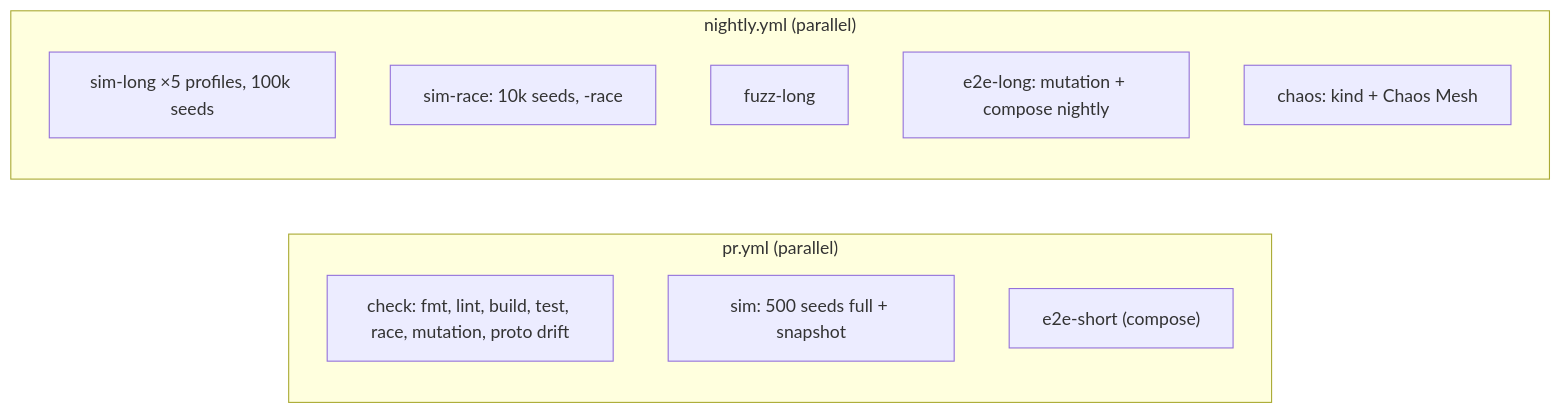
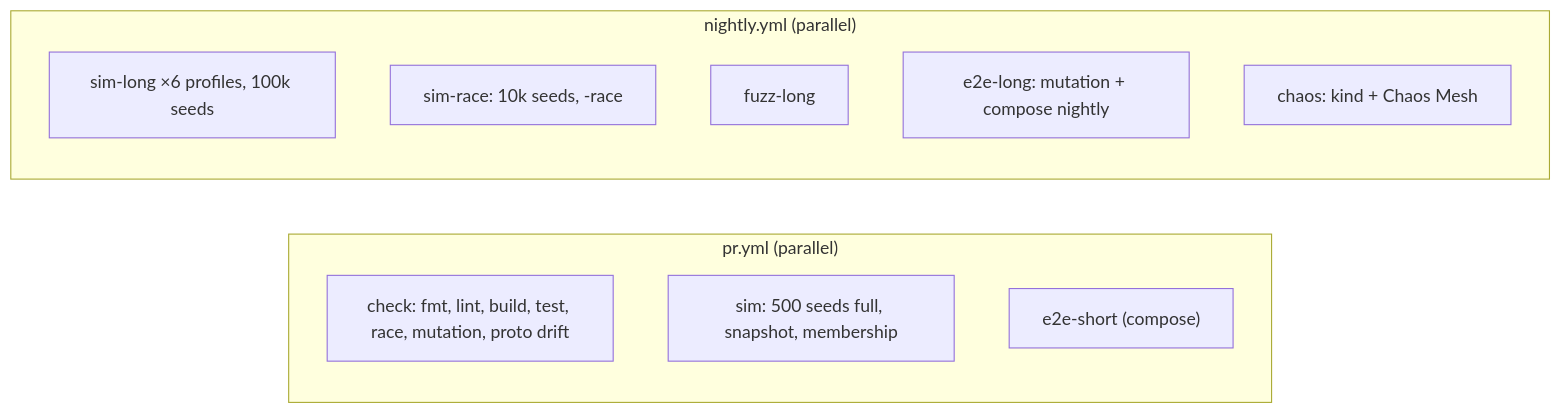
One commit to bibekgupta3333/raftkv-distributed-store changed the diagram in docs/ci-e2e.md. Above: the diagram before and after it, drawn with Mermaid. The commit also changed other lines of this file and 4 other files, not shown here.

````diff
--- a/docs/ci-e2e.md
+++ b/docs/ci-e2e.md
@@ -89,16 +91,16 @@
 ```mermaid
 flowchart LR
   subgraph PR["pr.yml (parallel)"]
     check["check: fmt, lint, build, test, race, mutation, proto drift"]
-    sim["sim: 500 seeds full + snapshot"]
+    sim["sim: 500 seeds full, snapshot, membership"]
     e2e["e2e-short (compose)"]
   end
 
   subgraph NIGHTLY["nightly.yml (parallel)"]
-    simlong["sim-long ×5 profiles, 100k seeds"]
+    simlong["sim-long ×6 profiles, 100k seeds"]
     simrace["sim-race: 10k seeds, -race"]
     fuzz[fuzz-long]
     e2elong["e2e-long: mutation + compose nightly"]
     chaos["chaos: kind + Chaos Mesh"]
   end
 ```
````
